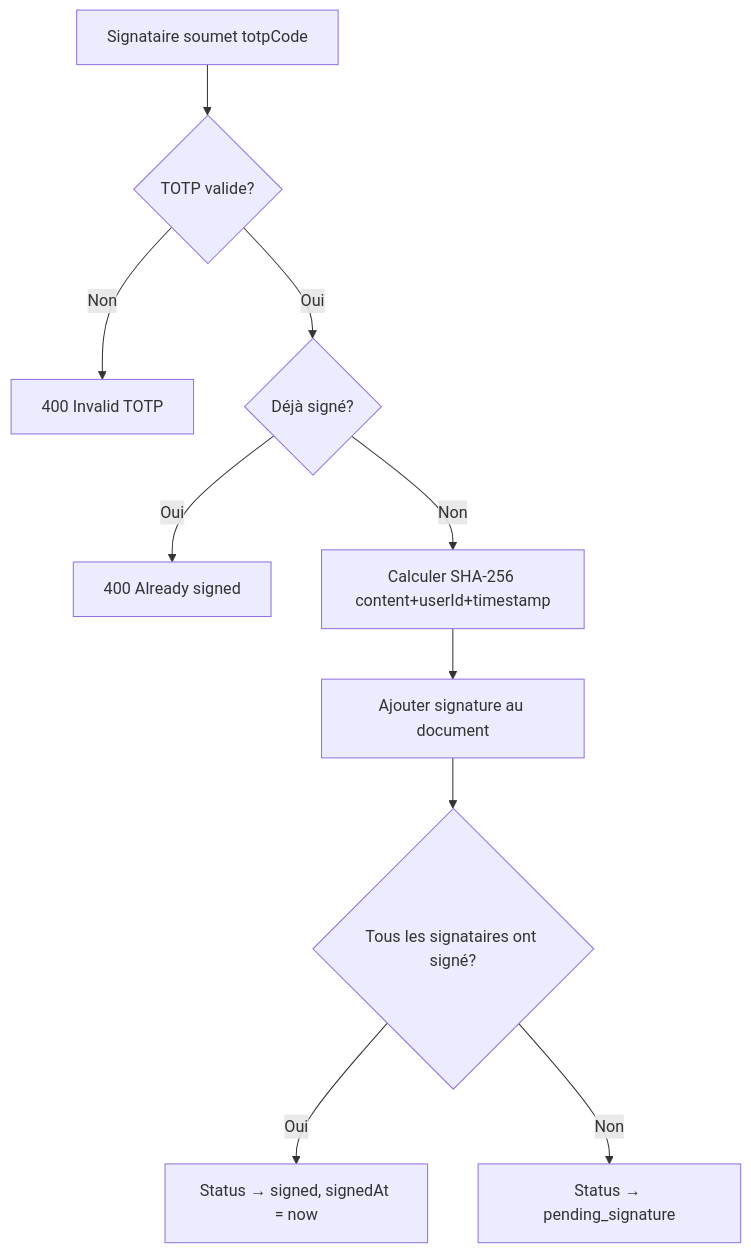
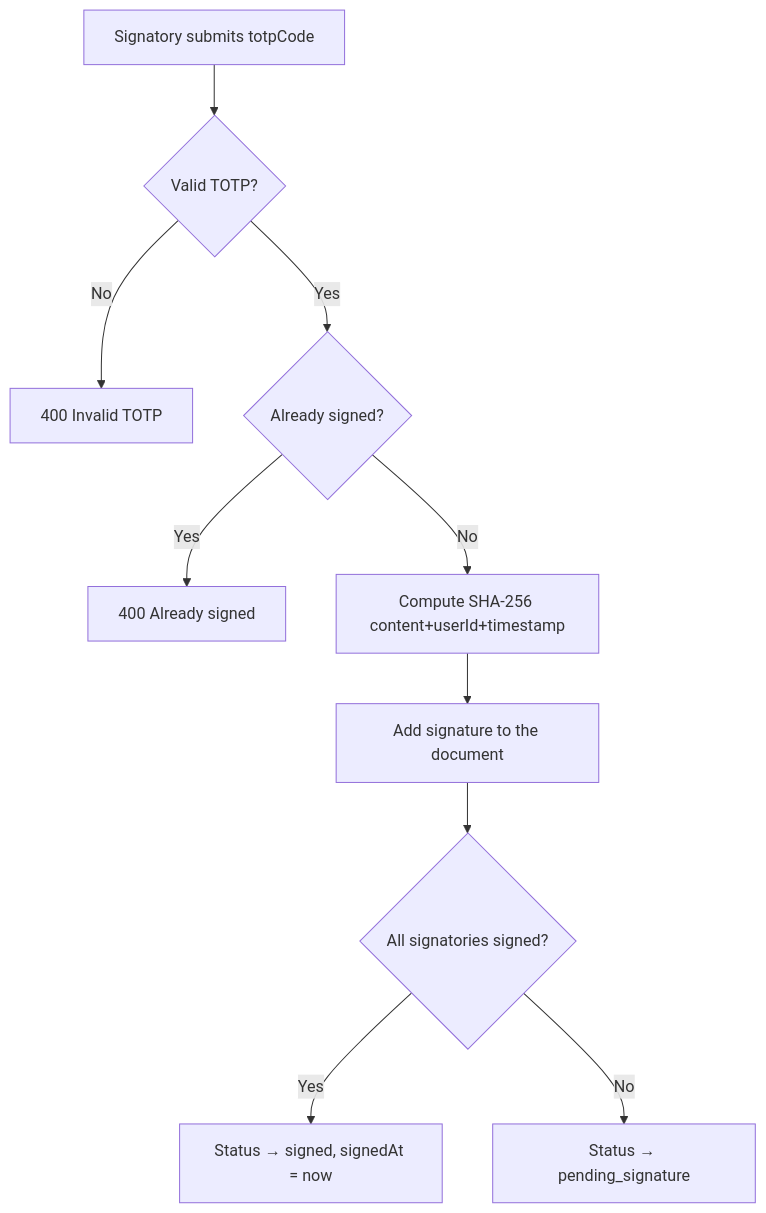
One commit to creibaud/QuartierConnect changed the fifth of 13 diagrams in docs/RAPPORT-TECHNIQUE.md. Above: the diagram before and after it, drawn with Mermaid. The commit also changed other lines of this file and 155 other files, not shown here.

````diff
--- a/docs/RAPPORT-TECHNIQUE.md
+++ b/docs/RAPPORT-TECHNIQUE.md
@@ -414,12 +414,12 @@
 ```mermaid
 flowchart TD
-    A[Signataire soumet totpCode] --> B{TOTP valide?}
-    B -->|Non| C[400 Invalid TOTP]
-    B -->|Oui| D{Déjà signé?}
-    D -->|Oui| E[400 Already signed]
-    D -->|Non| F[Calculer SHA-256 content+userId+timestamp]
-    F --> G[Ajouter signature au document]
-    G --> H{Tous les signataires ont signé?}
-    H -->|Oui| I[Status → signed, signedAt = now]
-    H -->|Non| J[Status → pending_signature]
+    A[Signatory submits totpCode] --> B{Valid TOTP?}
+    B -->|No| C[400 Invalid TOTP]
+    B -->|Yes| D{Already signed?}
+    D -->|Yes| E[400 Already signed]
+    D -->|No| F[Compute SHA-256 content+userId+timestamp]
+    F --> G[Add signature to the document]
+    G --> H{All signatories signed?}
+    H -->|Yes| I[Status → signed, signedAt = now]
+    H -->|No| J[Status → pending_signature]
 ```
````
